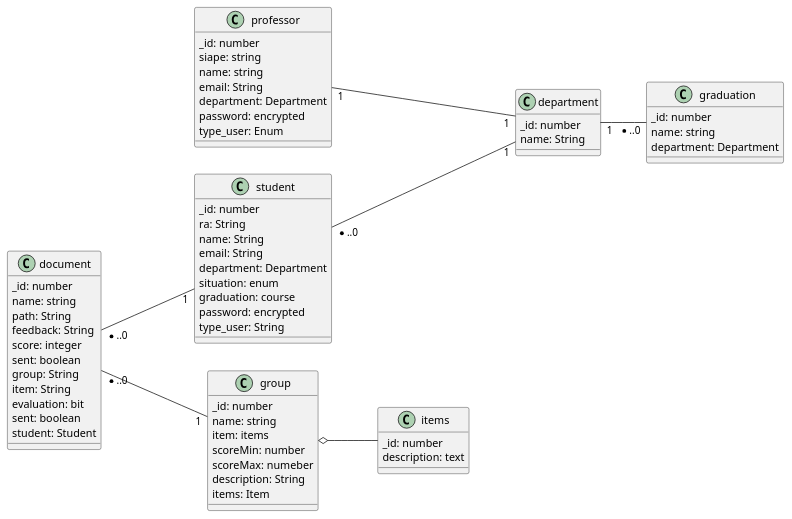
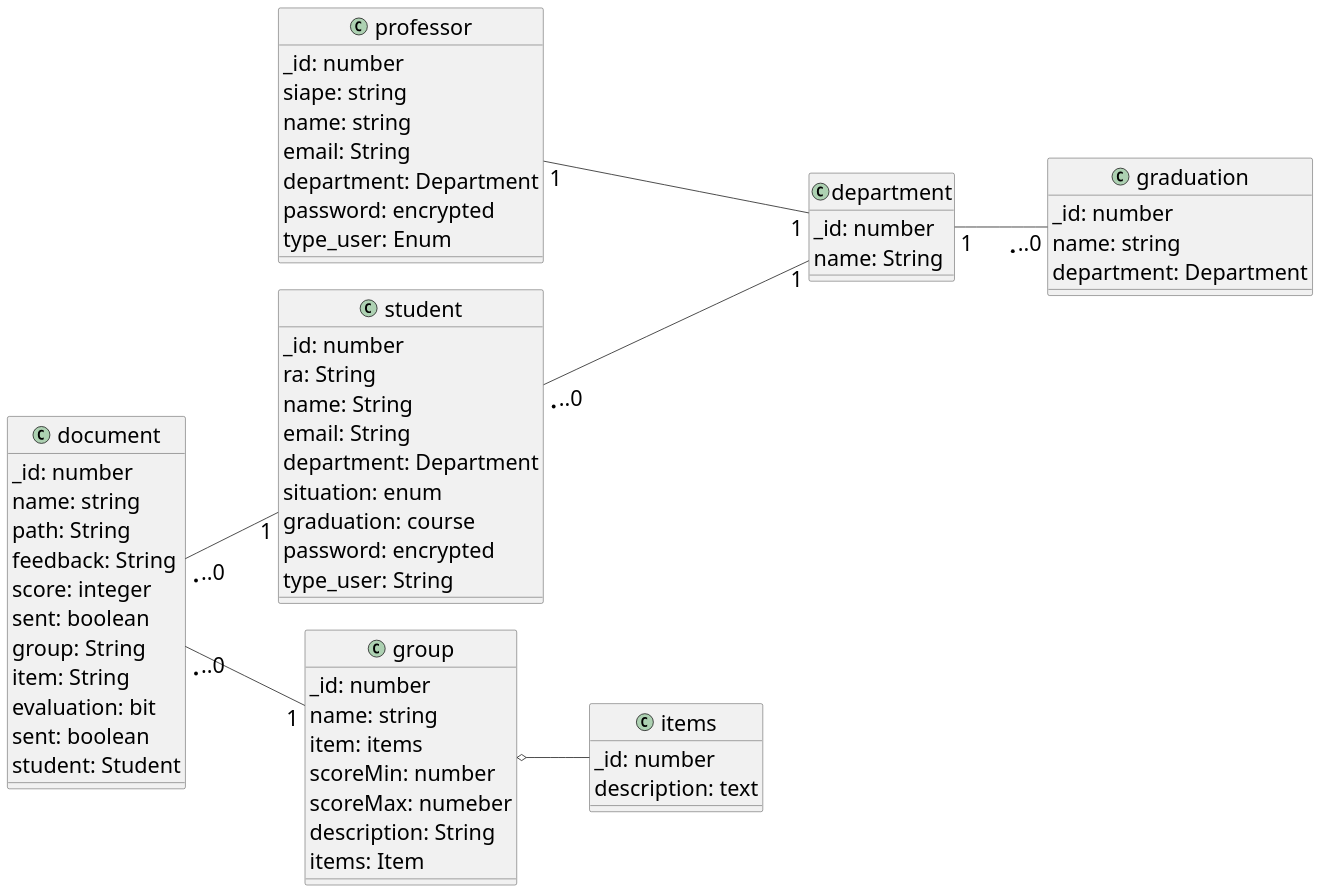
One commit to rodrigoRolim/AC-backend changed the diagram in design/database-modeling/database-modeling.wsd. Above: the diagram before and after it, drawn with PlantUML. The commit also changed 5 other files, not shown here.

```diff
--- a/design/database-modeling/database-modeling.wsd
+++ b/design/database-modeling/database-modeling.wsd
@@ -1,64 +1,68 @@
 @startuml
 left to right direction
+skinparam classFontSize 28
+skinparam ClassAttributeFontSize 28
+skinparam ArrowFontSize 28
+
 class student {
     _id: number
     ra: String
     name: String
     email: String
     department: Department
     situation: enum
     graduation: course
     password: encrypted
     type_user: String
 }
 class document {
     _id: number
     name: string
     path: String
     feedback: String
     score: integer
     sent: boolean
     group: String
     item: String
     evaluation: bit
     sent: boolean
     student: Student
 }
 class group {
     _id: number
     name: string
     item: items
     scoreMin: number
     scoreMax: numeber
     description: String
     items: Item
 }
 class items {
     _id: number
     description: text 
 }
 class professor {
     _id: number
     siape: string
     name: string
     email: String
     department: Department
     password: encrypted
     type_user: Enum
 }
 class graduation {
     _id: number
     name: string
     department: Department
 }
 class department {
     _id: number
     name: String
 }
 document "*..0"--- "1" group
 group o-- items
 document "*..0" --- "1" student
 student "*..0" --- "1" department
-department "1" -- "*..0" graduation
+department "1" --- "*..0" graduation
 professor "1" --- "1" department 
 @enduml
```
